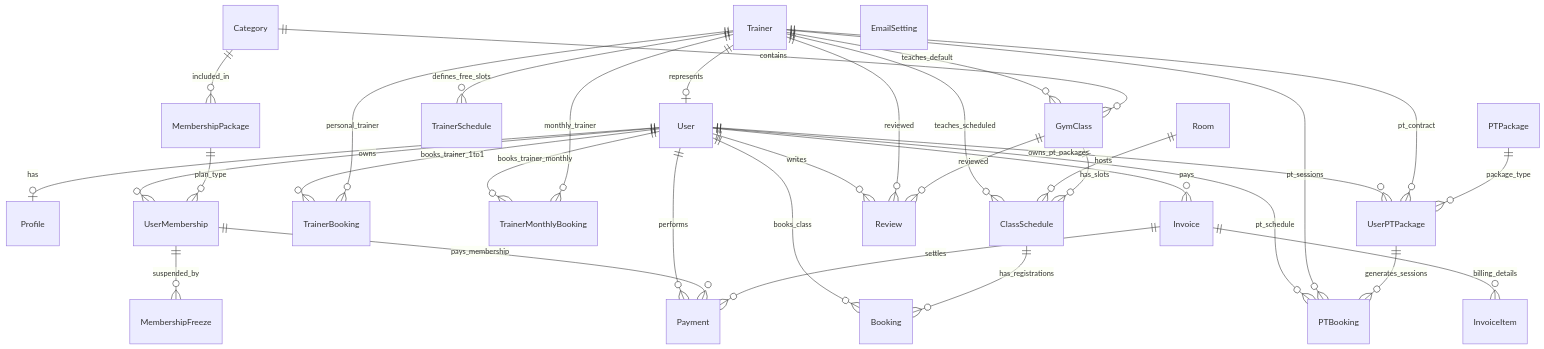
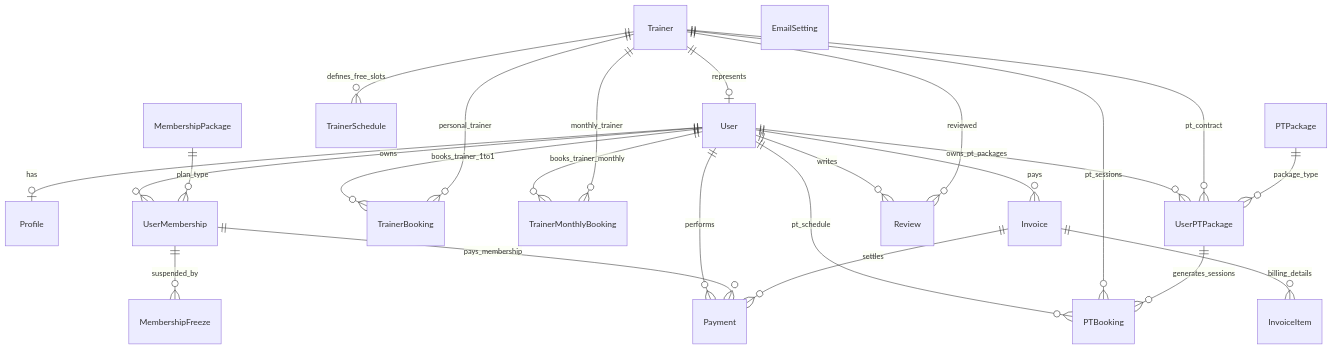
One commit to quangdz05/DEHA changed the diagram in database_analysis_report.md. Above: the diagram before and after it, drawn with Mermaid. The commit also changed other lines of this file and 1 other file, not shown here.

````diff
--- a/database_analysis_report.md
+++ b/database_analysis_report.md
@@ -391,45 +320,36 @@
 ```mermaid
 erDiagram
     User ||--o| Profile : "has"
     User ||--o{ UserMembership : "owns"
-    User ||--o{ Booking : "books_class"
     User ||--o{ TrainerBooking : "books_trainer_1to1"
     User ||--o{ TrainerMonthlyBooking : "books_trainer_monthly"
     User ||--o{ UserPTPackage : "owns_pt_packages"
     User ||--o{ PTBooking : "pt_schedule"
     User ||--o{ Invoice : "pays"
     User ||--o{ Payment : "performs"
     User ||--o{ Review : "writes"
 
     Trainer ||--o| User : "represents"
-    Trainer ||--o{ GymClass : "teaches_default"
-    Trainer ||--o{ ClassSchedule : "teaches_scheduled"
     Trainer ||--o{ TrainerBooking : "personal_trainer"
     Trainer ||--o{ TrainerMonthlyBooking : "monthly_trainer"
     Trainer ||--o{ TrainerSchedule : "defines_free_slots"
     Trainer ||--o{ UserPTPackage : "pt_contract"
     Trainer ||--o{ PTBooking : "pt_sessions"
     Trainer ||--o{ Review : "reviewed"
 
-    Category ||--o{ GymClass : "contains"
-    Category ||--o{ MembershipPackage : "included_in"
 
-    Room ||--o{ ClassSchedule : "hosts"
 
-    GymClass ||--o{ ClassSchedule : "has_slots"
-    GymClass ||--o{ Review : "reviewed"
 
-    ClassSchedule ||--o{ Booking : "has_registrations"
 
     UserMembership ||--o{ MembershipFreeze : "suspended_by"
     UserMembership ||--o{ Payment : "pays_membership"
 
     MembershipPackage ||--o{ UserMembership : "plan_type"
 
     PTPackage ||--o{ UserPTPackage : "package_type"
     UserPTPackage ||--o{ PTBooking : "generates_sessions"
 
     Invoice ||--o{ InvoiceItem : "billing_details"
     Invoice ||--o{ Payment : "settles"
     EmailSetting
 ```
````
